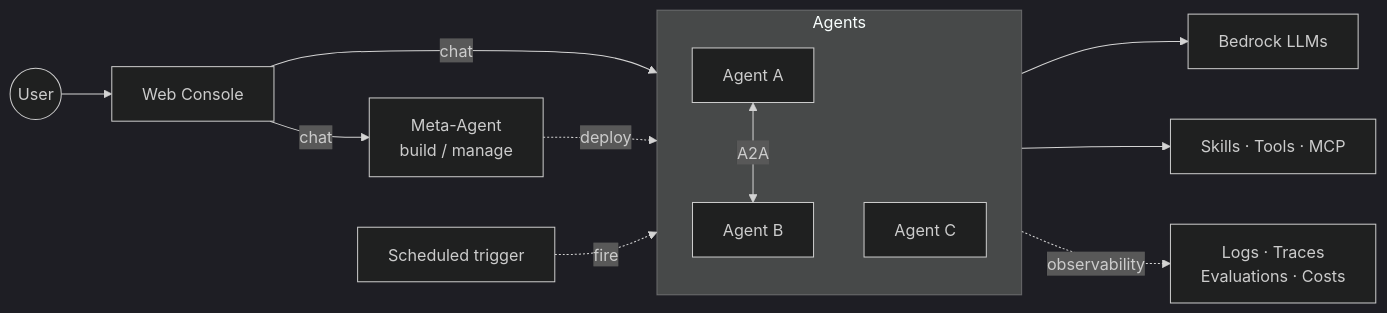
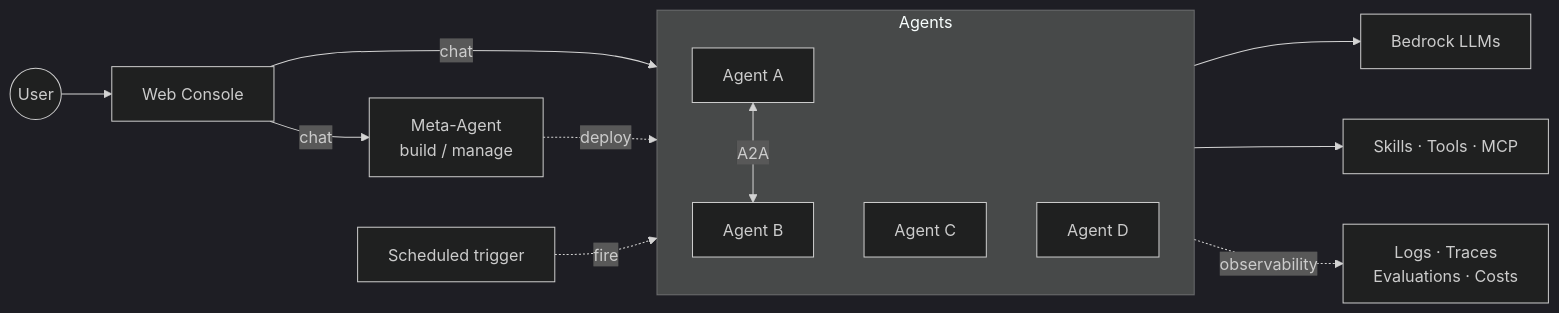
Before and after one commit to ddpie/agent-studio: the second of 2 diagrams in README.md, drawn with Mermaid (dark theme). The commit also changed other lines of this file, not shown here.

Commit message:
docs(readme): add Agent D to the Agents subgraph

````diff
--- a/README.md
+++ b/README.md
@@ -110,18 +111,19 @@
 ```mermaid
 graph LR
     User((User)) --> Web[Web Console]
     Cron[Scheduled trigger]
     Web -->|chat| Meta[Meta-Agent<br/>build / manage]
 
     subgraph Agents
         A1[Agent A] <-->|A2A| A2[Agent B]
         A3[Agent C]
+        A4[Agent D]
     end
 
     Web -->|chat| Agents
     Meta -.deploy.-> Agents
     Cron -.fire.-> Agents
     Agents --> LLM[Bedrock LLMs]
     Agents --> Ext[Skills · Tools · MCP]
     Agents -.observability.-> Obs[Logs · Traces<br/>Evaluations · Costs]
 ```
````
